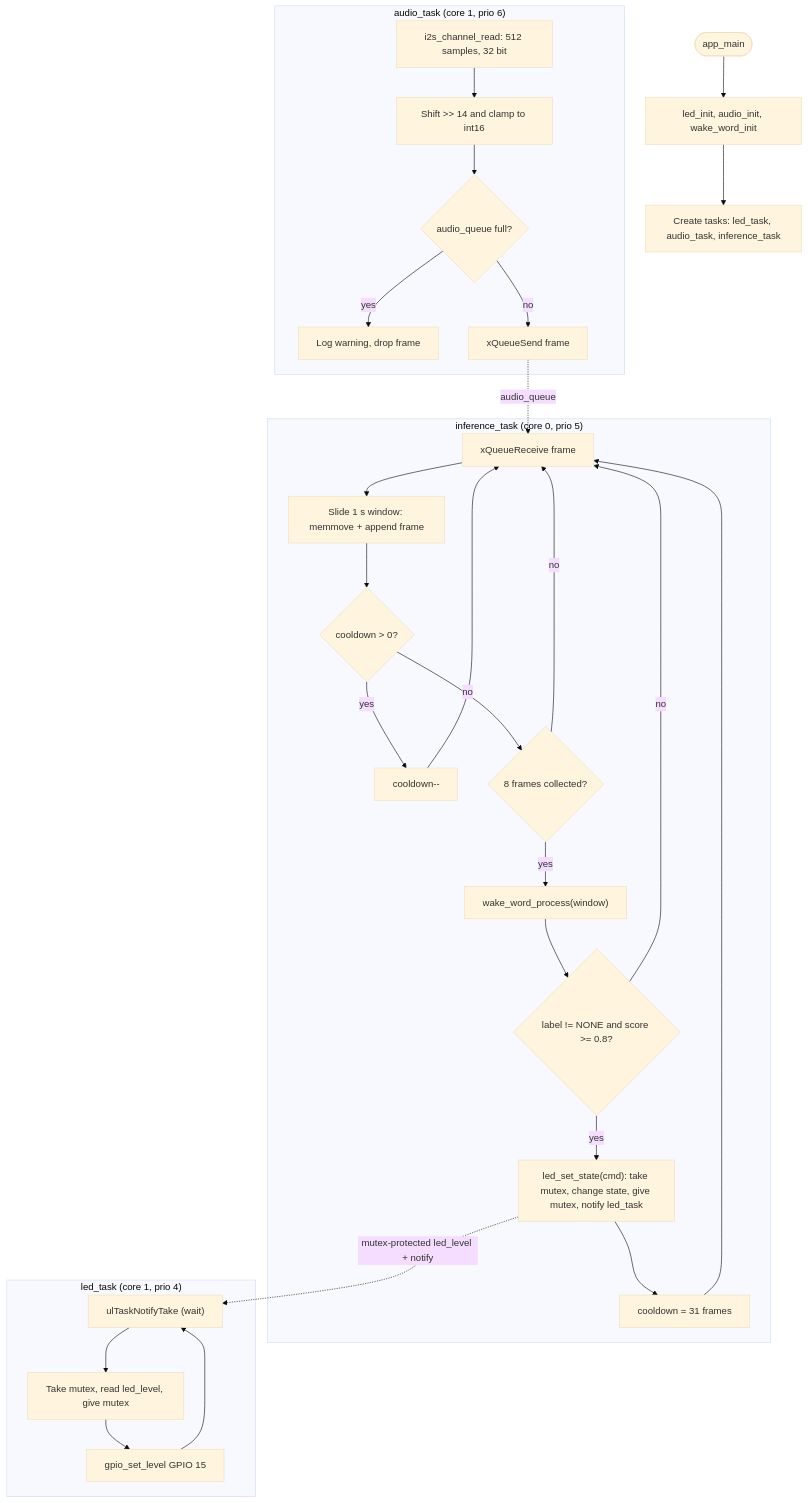
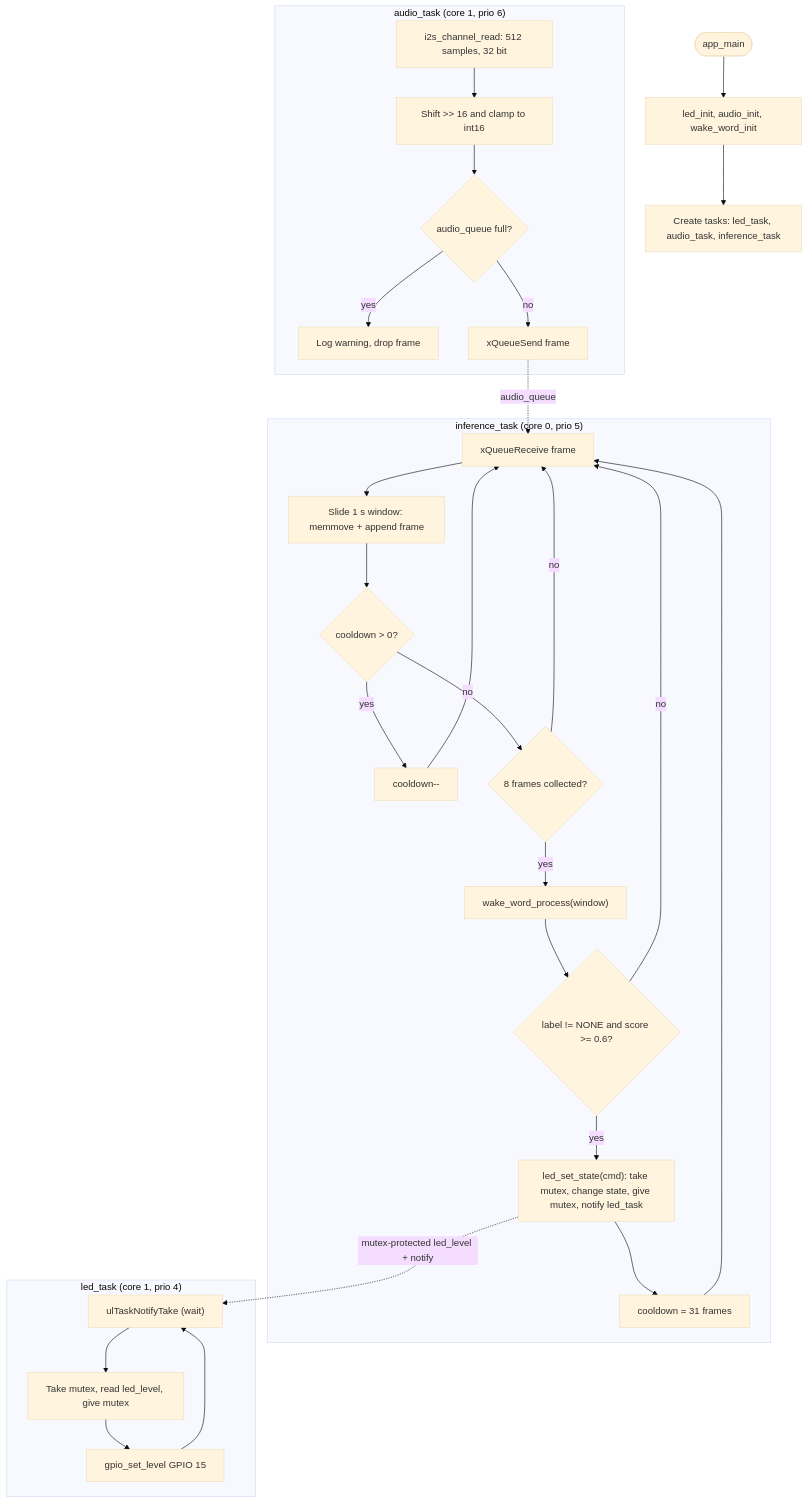
Before and after one commit to annapoltavets/wake-word: the second of 2 diagrams in README.md, drawn with Mermaid (base theme). The commit also changed other lines of this file and 1395 other files, not shown here.

````diff
--- a/README.md
+++ b/README.md
@@ -58,34 +58,34 @@
 ```mermaid
 flowchart TD
     A([app_main]) --> B["led_init, audio_init, wake_word_init"]
     B --> C["Create tasks: led_task, audio_task, inference_task"]
 
     subgraph AT["audio_task (core 1, prio 6)"]
-        D["i2s_channel_read: 512 samples, 32 bit"] --> E["Shift >> 14 and clamp to int16"]
+        D["i2s_channel_read: 512 samples, 32 bit"] --> E["Shift >> 16 and clamp to int16"]
         E --> F{"audio_queue full?"}
         F -- yes --> G["Log warning, drop frame"]
         F -- no --> H["xQueueSend frame"]
     end
 
     subgraph IT["inference_task (core 0, prio 5)"]
         I["xQueueReceive frame"] --> J["Slide 1 s window: memmove + append frame"]
         J --> K{"cooldown > 0?"}
         K -- yes --> L["cooldown--"] --> I
         K -- no --> M{"8 frames collected?"}
         M -- no --> I
         M -- yes --> N["wake_word_process(window)"]
-        N --> O{"label != NONE and score >= 0.8?"}
+        N --> O{"label != NONE and score >= 0.6?"}
         O -- no --> I
         O -- yes --> P["led_set_state(cmd): take mutex, change state, give mutex, notify led_task"]
         P --> Q["cooldown = 31 frames"] --> I
     end
 
     subgraph LT["led_task (core 1, prio 4)"]
         R1["ulTaskNotifyTake (wait)"] --> S["Take mutex, read led_level, give mutex"]
         S --> W["gpio_set_level GPIO 15"]
         W --> R1
     end
 
     H -. audio_queue .-> I
     P -. "mutex-protected led_level + notify" .-> R1
 ```
````
